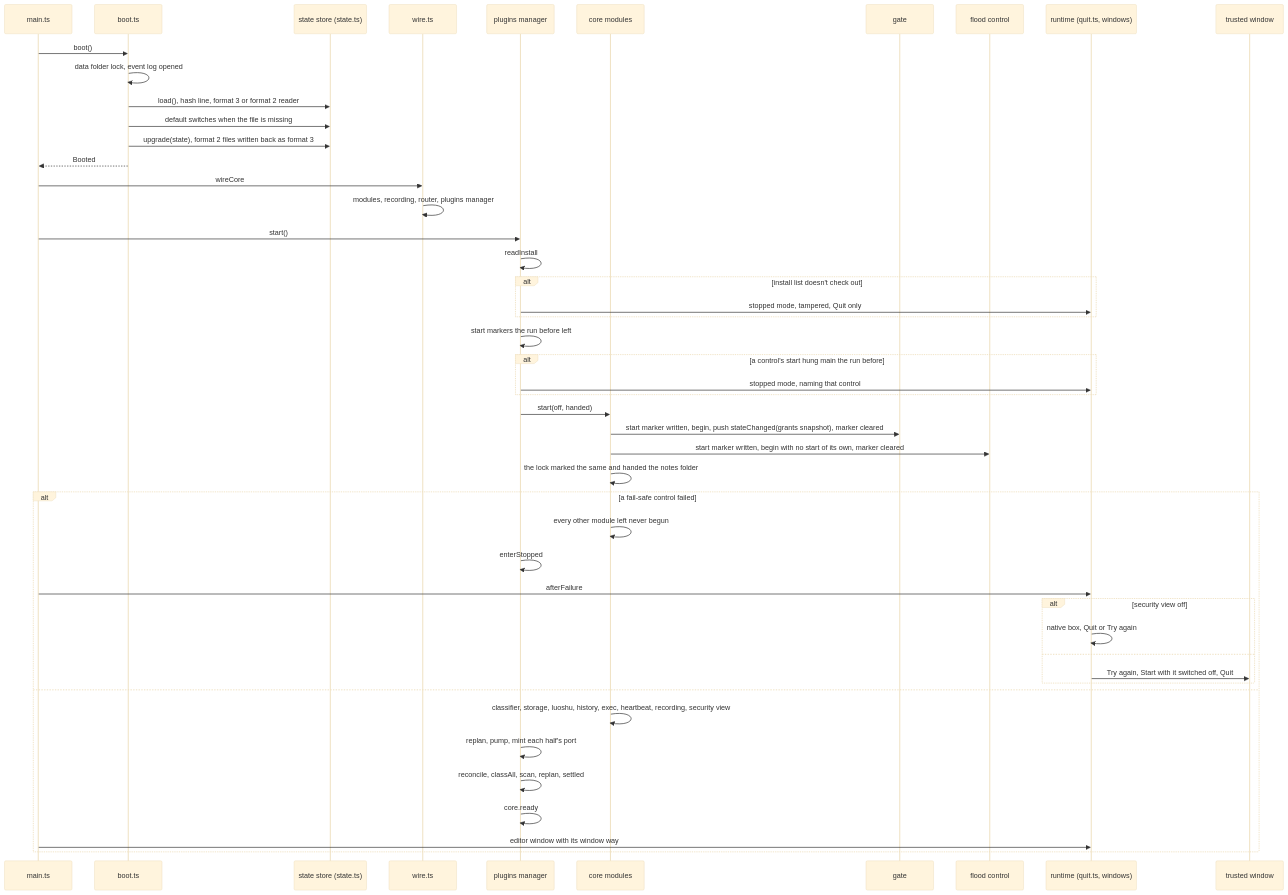
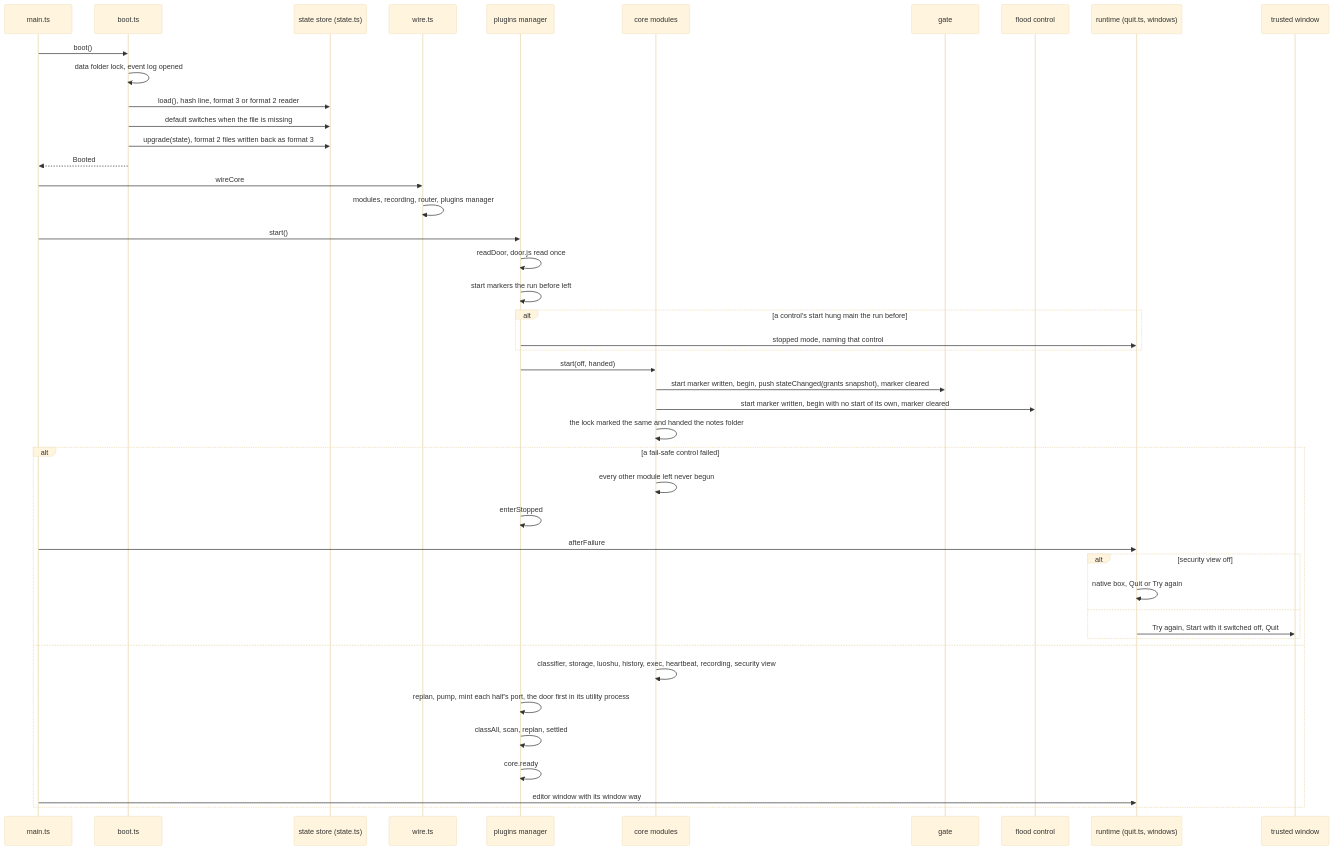
One commit to QianChenTT/hetu changed the fourth of 5 diagrams in docs/flows.md. Above: the diagram before and after it, drawn with Mermaid (base theme). The commit also changed other lines of this file and 10 other files, not shown here.

Commit message:
Describe the door as core code beside main.js with no install list in the READMEs and docs, and refuse a core-only type as one only the core holds

````diff
--- a/docs/flows.md
+++ b/docs/flows.md
@@ -374,51 +374,48 @@
 ```mermaid
 sequenceDiagram
     participant MAIN as main.ts
     participant BOOT as boot.ts
     participant ST as state store (state.ts)
     participant WIRE as wire.ts
     participant PM as plugins manager
     participant M as core modules
     participant G as gate
     participant FC as flood control
     participant RT as runtime (quit.ts, windows)
     participant TW as trusted window
 
     MAIN->>BOOT: boot()
     BOOT->>BOOT: data folder lock, event log opened
     BOOT->>ST: load(), hash line, format 3 or format 2 reader
     BOOT->>ST: default switches when the file is missing
     BOOT->>ST: upgrade(state), format 2 files written back as format 3
     BOOT-->>MAIN: Booted
     MAIN->>WIRE: wireCore
     WIRE->>WIRE: modules, recording, router, plugins manager
     MAIN->>PM: start()
-    PM->>PM: readInstall
-    alt install list doesn't check out
-        PM->>RT: stopped mode, tampered, Quit only
-    end
+    PM->>PM: readDoor, door.js read once
     PM->>PM: start markers the run before left
     alt a control's start hung main the run before
         PM->>RT: stopped mode, naming that control
     end
     PM->>M: start(off, handed)
     M->>G: start marker written, begin, push stateChanged(grants snapshot), marker cleared
     M->>FC: start marker written, begin with no start of its own, marker cleared
     M->>M: the lock marked the same and handed the notes folder
     alt a fail-safe control failed
         M->>M: every other module left never begun
         PM->>PM: enterStopped
         MAIN->>RT: afterFailure
         alt security view off
             RT->>RT: native box, Quit or Try again
         else
             RT->>TW: Try again, Start with it switched off, Quit
         end
     else
         M->>M: classifier, storage, luoshu, history, exec, heartbeat, recording, security view
-        PM->>PM: replan, pump, mint each half's port
-        PM->>PM: reconcile, classAll, scan, replan, settled
+        PM->>PM: replan, pump, mint each half's port, the door first in its utility process
+        PM->>PM: classAll, scan, replan, settled
         PM->>PM: core.ready
         MAIN->>RT: editor window with its window way
     end
 ```
````
